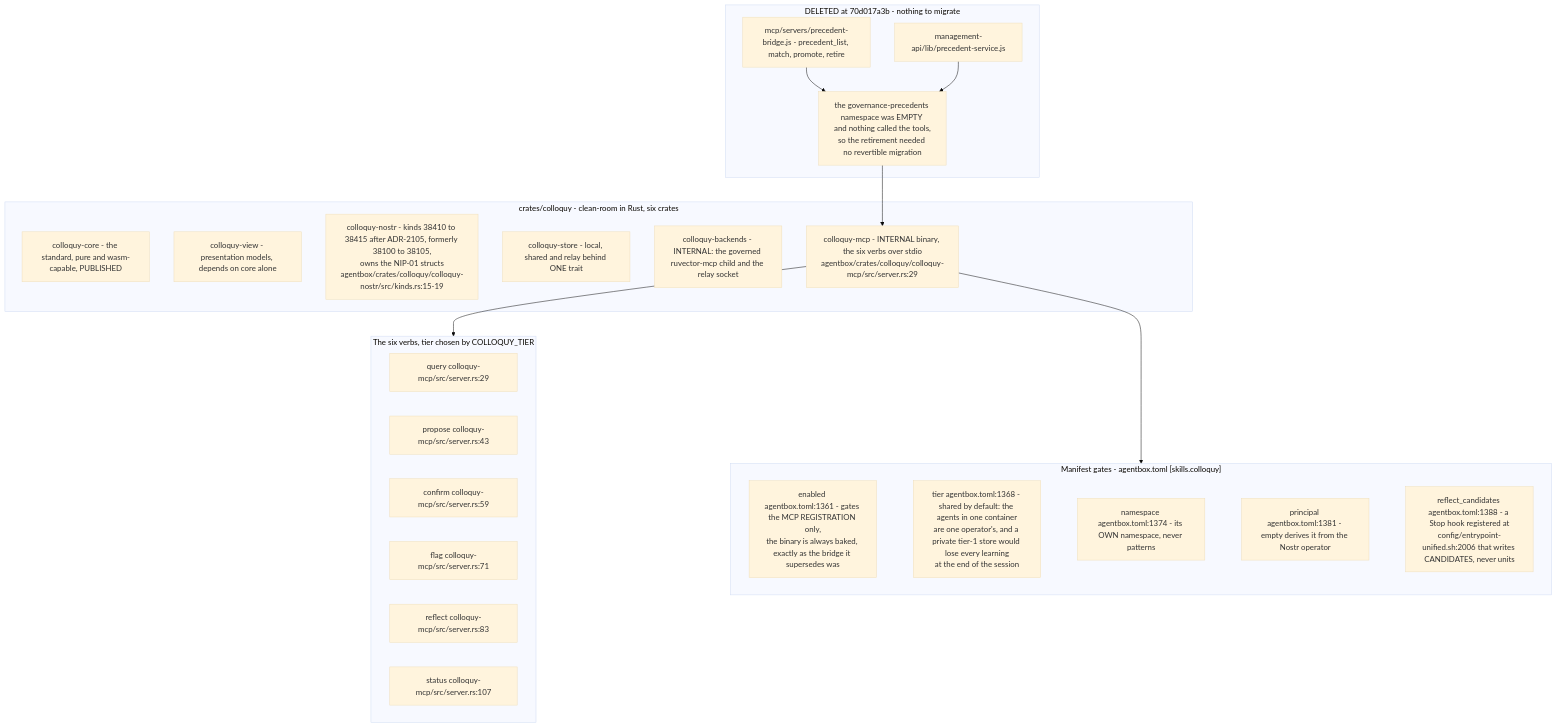
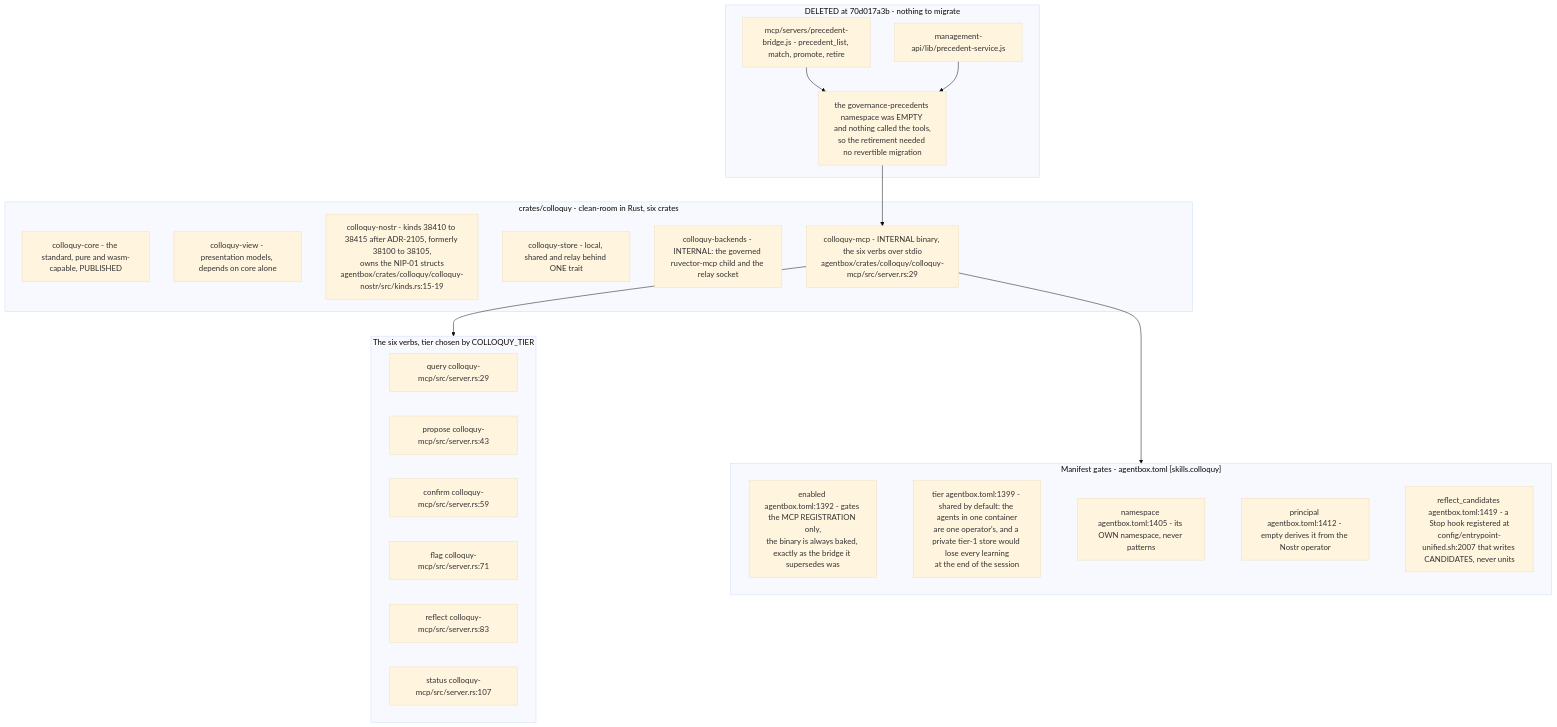
One commit to DreamLab-AI/VisionFlow changed the ninth of 10 diagrams in docs/diagrams/agentbox/28-agentbox-services-and-manifest-binary.md. Above: the diagram before and after it, drawn with Mermaid (base theme). The commit also changed other lines of this file and 5 other files, not shown here.

````diff
--- a/docs/diagrams/agentbox/28-agentbox-services-and-manifest-binary.md
+++ b/docs/diagrams/agentbox/28-agentbox-services-and-manifest-binary.md
@@ -429,37 +431,37 @@
 ```mermaid
 flowchart TB
     subgraph gone["DELETED at 70d017a3b - nothing to migrate"]
         G1["mcp/servers/precedent-bridge.js - precedent_list, match, promote, retire"]
         G2["management-api/lib/precedent-service.js"]
         G3["the governance-precedents namespace was EMPTY and nothing called the tools,<br/>so the retirement needed no revertible migration"]
         G1 --> G3
         G2 --> G3
     end
     subgraph crates["crates/colloquy - clean-room in Rust, six crates"]
         P1["colloquy-core - the standard, pure and wasm-capable, PUBLISHED"]
         P2["colloquy-view - presentation models, depends on core alone"]
         P3["colloquy-nostr - kinds 38410 to 38415 after ADR-2105, formerly 38100 to 38105,<br/>owns the NIP-01 structs<br/>agentbox/crates/colloquy/colloquy-nostr/src/kinds.rs:15-19"]
         P4["colloquy-store - local, shared and relay behind ONE trait"]
         P5["colloquy-backends - INTERNAL: the governed ruvector-mcp child and the relay socket"]
         P6["colloquy-mcp - INTERNAL binary, the six verbs over stdio<br/>agentbox/crates/colloquy/colloquy-mcp/src/server.rs:29"]
     end
     G3 --> P6
     subgraph verbs["The six verbs, tier chosen by COLLOQUY_TIER"]
         V1["query colloquy-mcp/src/server.rs:29"]
         V2["propose colloquy-mcp/src/server.rs:43"]
         V3["confirm colloquy-mcp/src/server.rs:59"]
         V4["flag colloquy-mcp/src/server.rs:71"]
         V5["reflect colloquy-mcp/src/server.rs:83"]
         V6["status colloquy-mcp/src/server.rs:107"]
     end
     P6 --> verbs
     subgraph gates["Manifest gates - agentbox.toml [skills.colloquy]"]
-        M1["enabled agentbox.toml:1361 - gates the MCP REGISTRATION only,<br/>the binary is always baked, exactly as the bridge it supersedes was"]
-        M2["tier agentbox.toml:1368 - shared by default: the agents in one container<br/>are one operator's, and a private tier-1 store would lose every learning<br/>at the end of the session"]
-        M3["namespace agentbox.toml:1374 - its OWN namespace, never patterns"]
-        M4["principal agentbox.toml:1381 - empty derives it from the Nostr operator"]
-        M5["reflect_candidates agentbox.toml:1388 - a Stop hook registered at<br/>config/entrypoint-unified.sh:2006 that writes CANDIDATES, never units"]
+        M1["enabled agentbox.toml:1392 - gates the MCP REGISTRATION only,<br/>the binary is always baked, exactly as the bridge it supersedes was"]
+        M2["tier agentbox.toml:1399 - shared by default: the agents in one container<br/>are one operator's, and a private tier-1 store would lose every learning<br/>at the end of the session"]
+        M3["namespace agentbox.toml:1405 - its OWN namespace, never patterns"]
+        M4["principal agentbox.toml:1412 - empty derives it from the Nostr operator"]
+        M5["reflect_candidates agentbox.toml:1419 - a Stop hook registered at<br/>config/entrypoint-unified.sh:2007 that writes CANDIDATES, never units"]
         M1 ~~~ M2 ~~~ M3 ~~~ M4 ~~~ M5
     end
     P6 --> gates
 ```
````
